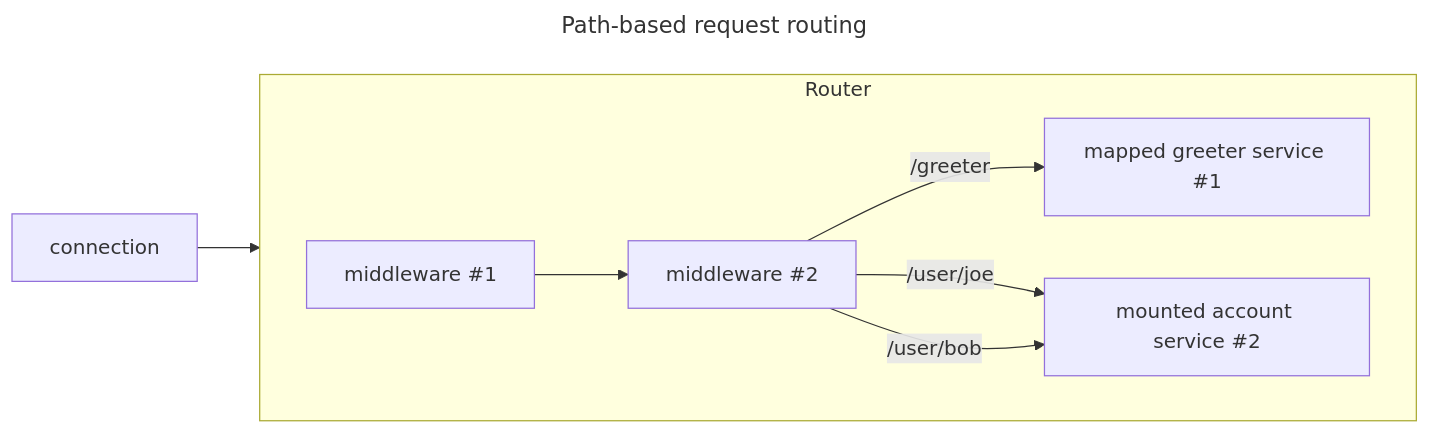
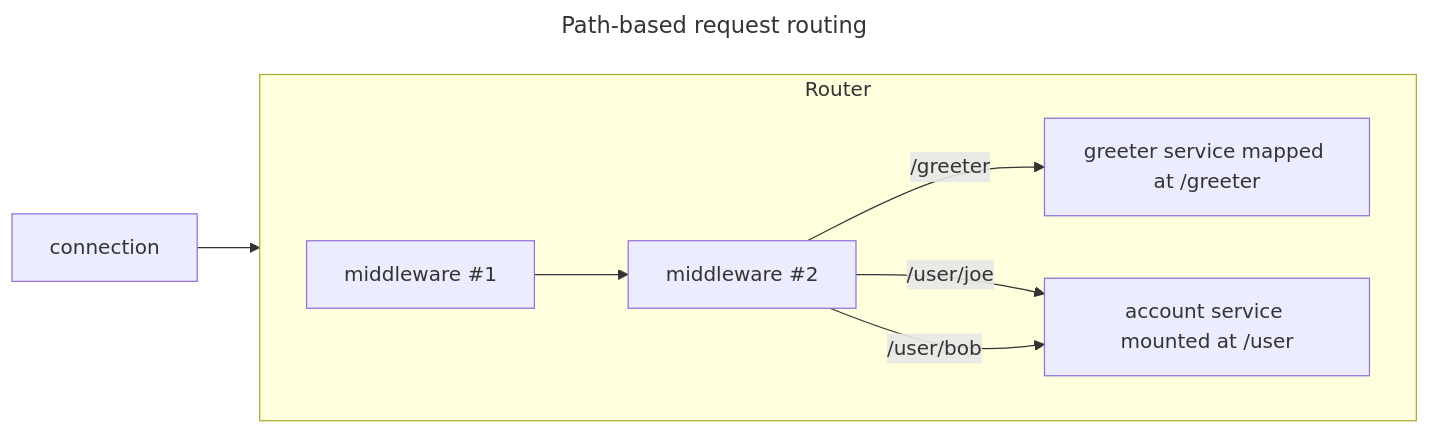
One commit to icerpc/icerpc-docs changed the first of 2 diagrams in pages/icerpc-core/dispatch/router.md. Above: the diagram before and after it, drawn with Mermaid.

Commit message:
Review fix

````diff
--- a/pages/icerpc-core/dispatch/router.md
+++ b/pages/icerpc-core/dispatch/router.md
@@ -11,13 +11,13 @@
 ```mermaid
 ---
 title: Path-based request routing
 ---
 flowchart LR
     subgraph Router
     direction LR
-    m1["middleware #1"] --> m2["middleware #2"] -- /greeter --> s1["mapped greeter service #1"]
-    m2 -- /user/joe --> s2["mounted account service #2"]
+    m1["middleware #1"] --> m2["middleware #2"] -- /greeter --> s1[" greeter service mapped at /greeter"]
+    m2 -- /user/joe --> s2["account service mounted at /user"]
     m2 -- /user/bob --> s2
     end
     connection --> m1
 ```
````
